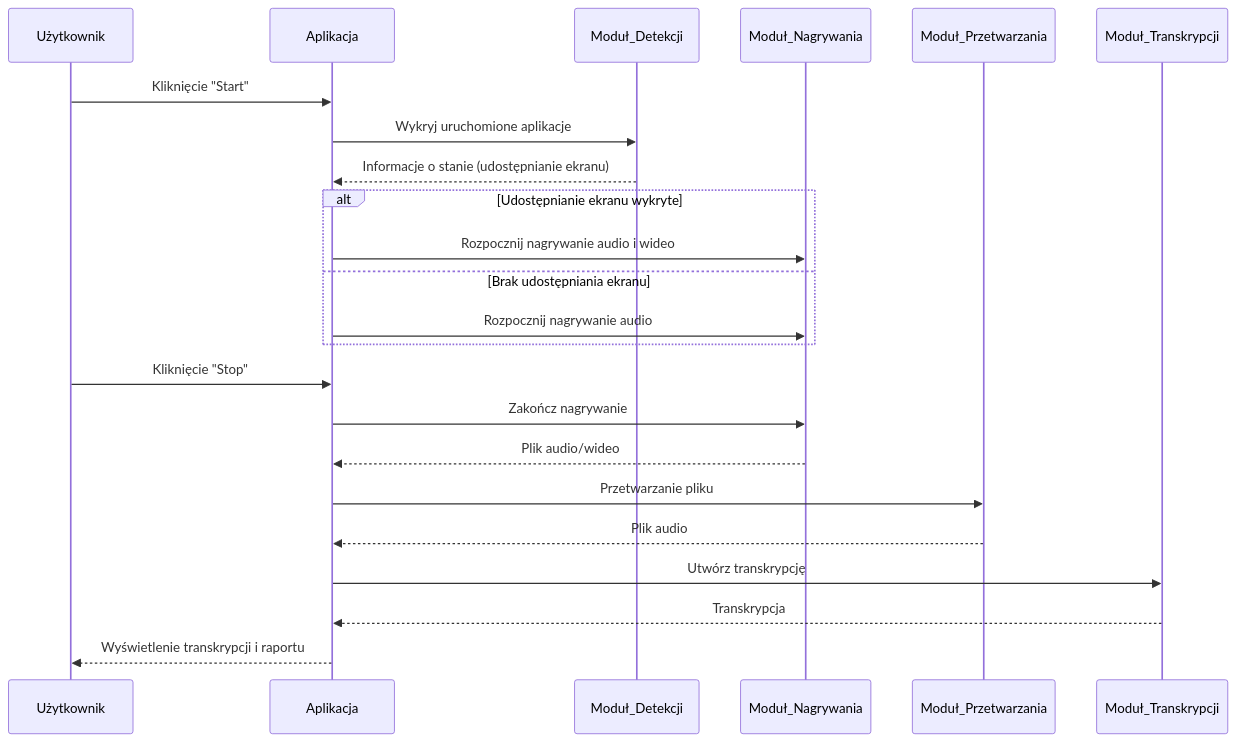
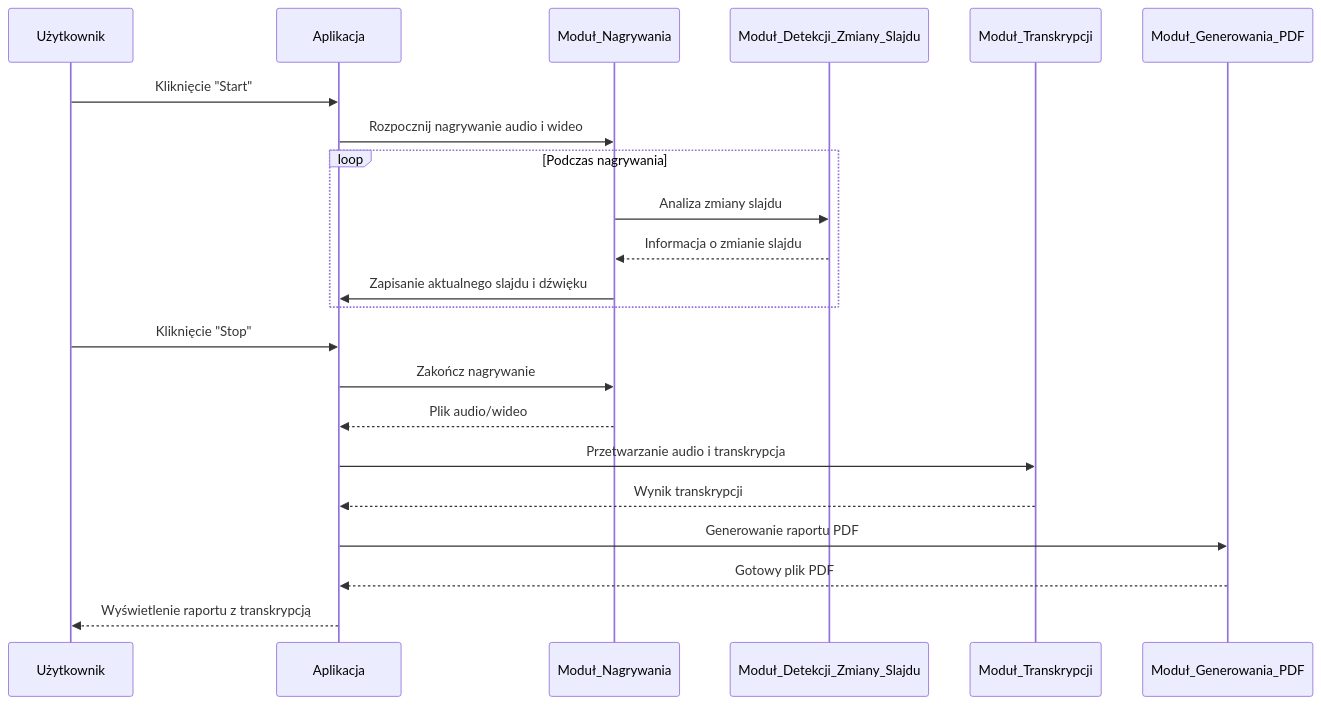
One commit to sikorski1/IO_projekt changed the second of 3 diagrams in README.md. Above: the diagram before and after it, drawn with Mermaid. The commit also changed other lines of this file and 14 other files, not shown here.

````diff
--- a/README.md
+++ b/README.md
@@ -73,31 +70,26 @@
 ```mermaid
 sequenceDiagram
     participant Użytkownik
     participant Aplikacja
-    participant Moduł_Detekcji
     participant Moduł_Nagrywania
-    participant Moduł_Przetwarzania
+    participant Moduł_Detekcji_Zmiany_Slajdu
     participant Moduł_Transkrypcji
+    participant Moduł_Generowania_PDF
 
     Użytkownik->>Aplikacja: Kliknięcie "Start"
-    Aplikacja->>Moduł_Detekcji: Wykryj uruchomione aplikacje
-    Moduł_Detekcji-->>Aplikacja: Informacje o stanie (udostępnianie ekranu)
-    
-    alt Udostępnianie ekranu wykryte
-        Aplikacja->>Moduł_Nagrywania: Rozpocznij nagrywanie audio i wideo
-    else Brak udostępniania ekranu
-        Aplikacja->>Moduł_Nagrywania: Rozpocznij nagrywanie audio
+    Aplikacja->>Moduł_Nagrywania: Rozpocznij nagrywanie audio i wideo
+    loop Podczas nagrywania
+        Moduł_Nagrywania->>Moduł_Detekcji_Zmiany_Slajdu: Analiza zmiany slajdu
+        Moduł_Detekcji_Zmiany_Slajdu-->>Moduł_Nagrywania: Informacja o zmianie slajdu
+        Moduł_Nagrywania->>Aplikacja: Zapisanie aktualnego slajdu i dźwięku
     end
-
     Użytkownik->>Aplikacja: Kliknięcie "Stop"
     Aplikacja->>Moduł_Nagrywania: Zakończ nagrywanie
     Moduł_Nagrywania-->>Aplikacja: Plik audio/wideo
+    Aplikacja->>Moduł_Transkrypcji: Przetwarzanie audio i transkrypcja
+    Moduł_Transkrypcji-->>Aplikacja: Wynik transkrypcji
+    Aplikacja->>Moduł_Generowania_PDF: Generowanie raportu PDF
+    Moduł_Generowania_PDF-->>Aplikacja: Gotowy plik PDF
+    Aplikacja-->>Użytkownik: Wyświetlenie raportu z transkrypcją
 
-    Aplikacja->>Moduł_Przetwarzania: Przetwarzanie pliku
-    Moduł_Przetwarzania-->>Aplikacja: Plik audio
-
-    Aplikacja->>Moduł_Transkrypcji: Utwórz transkrypcję
-    Moduł_Transkrypcji-->>Aplikacja: Transkrypcja
-
-    Aplikacja-->>Użytkownik: Wyświetlenie transkrypcji i raportu
 ```
````
